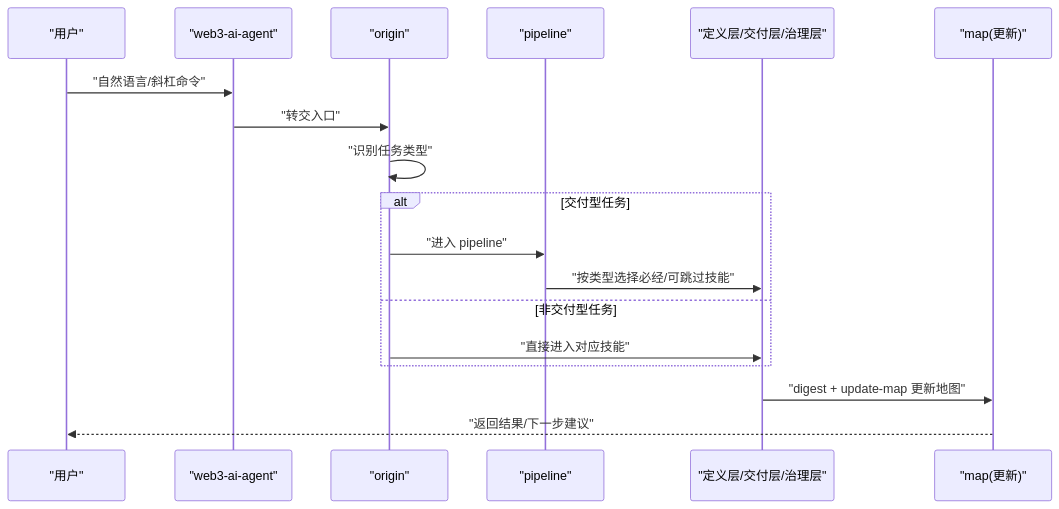
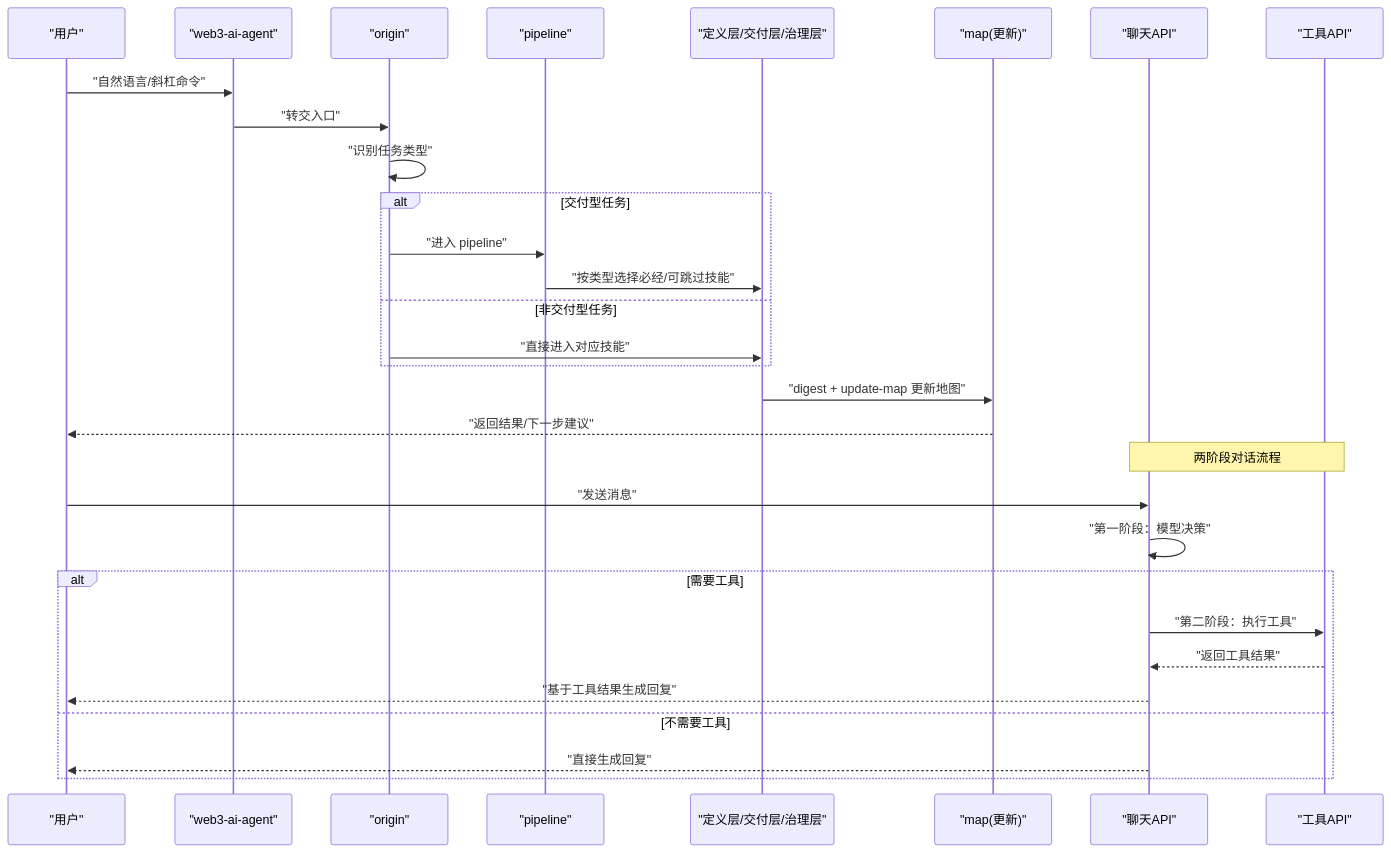
Before and after one commit to CryptoLinxu/Web3-AI-Agent: the second of 3 diagrams in .qoder/repowiki/zh/content/API参考文档.md, drawn with Mermaid. The commit also changed other lines of this file and 15 other files, not shown here.

````diff
--- a/.qoder/repowiki/zh/content/API参考文档.md
+++ b/.qoder/repowiki/zh/content/API参考文档.md
@@ -120,20 +144,32 @@
 ```mermaid
 sequenceDiagram
 participant U as "用户"
 participant W as "web3-ai-agent"
 participant O as "origin"
 participant P as "pipeline"
 participant D as "定义层/交付层/治理层"
 participant M as "map(更新)"
+participant CHAT as "聊天API"
+participant TOOL as "工具API"
 U->>W : "自然语言/斜杠命令"
 W->>O : "转交入口"
 O->>O : "识别任务类型"
 alt 交付型任务
 O->>P : "进入 pipeline"
 P->>D : "按类型选择必经/可跳过技能"
 else 非交付型任务
 O->>D : "直接进入对应技能"
 end
 D->>M : "digest + update-map 更新地图"
 M-->>U : "返回结果/下一步建议"
+Note over CHAT,TOOL : 两阶段对话流程
+U->>CHAT : "发送消息"
+CHAT->>CHAT : "第一阶段：模型决策"
+alt 需要工具
+CHAT->>TOOL : "第二阶段：执行工具"
+TOOL-->>CHAT : "返回工具结果"
+CHAT-->>U : "基于工具结果生成回复"
+else 不需要工具
+CHAT-->>U : "直接生成回复"
+end
 ```
````
